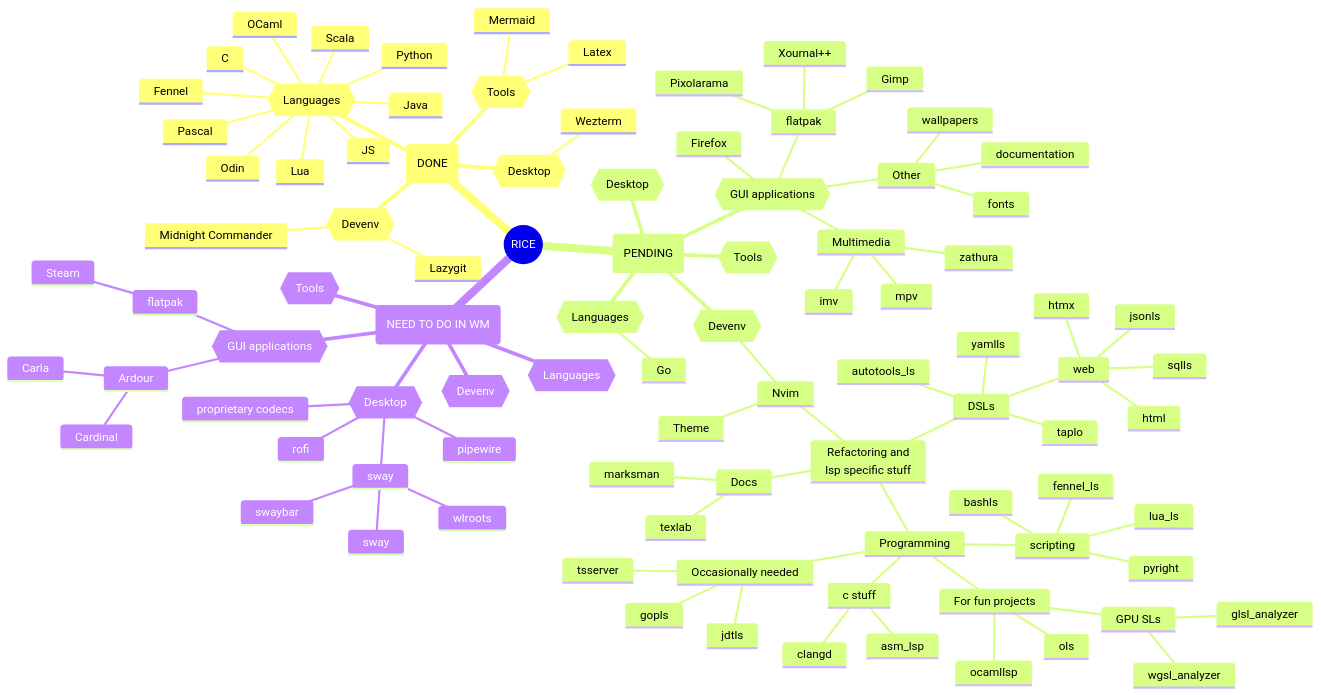
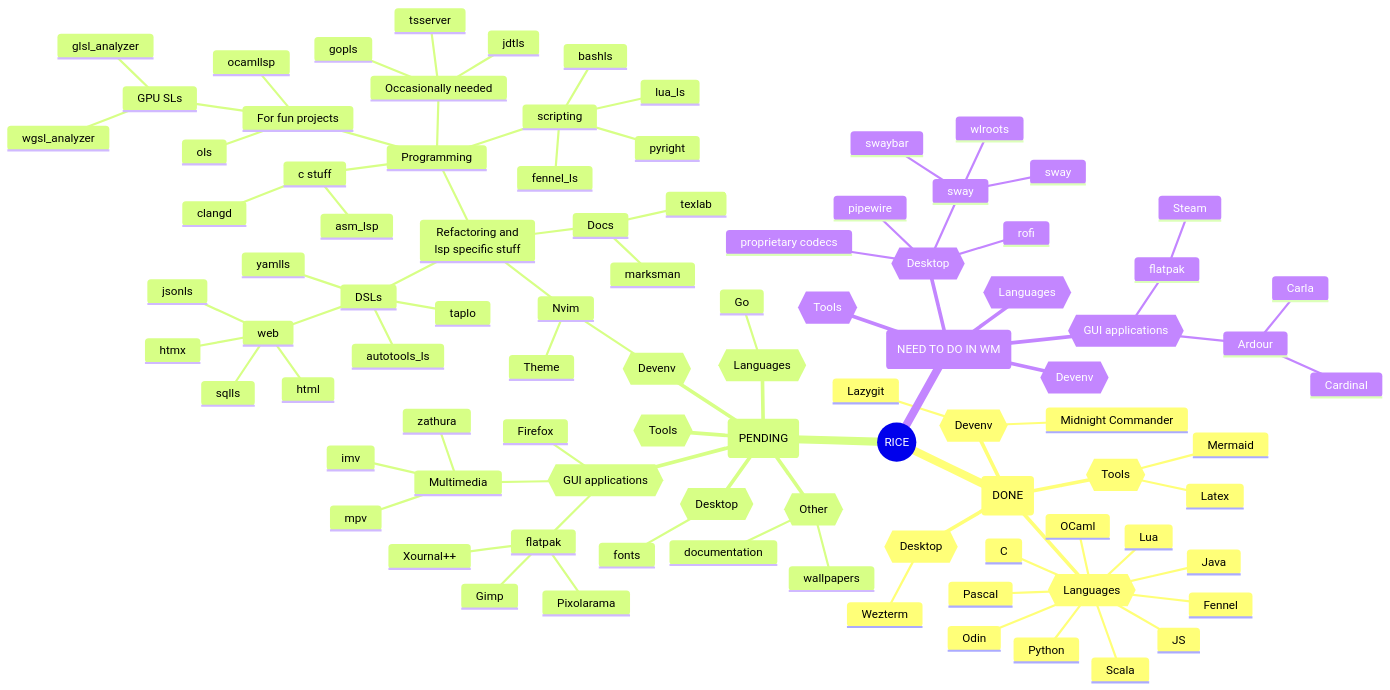
One commit to sebhajek/dotfiles changed the diagram in docs/src/map.mmd. Above: the diagram before and after it, drawn with Mermaid.

Commit message:
small fixes to todo

```diff
--- a/docs/src/map.mmd
+++ b/docs/src/map.mmd
@@ -1,94 +1,94 @@
 mindmap
 ((RICE))
   (DONE)
     {{Languages}}
       Lua 
       Fennel
       Python
       Scala
       Pascal
       C
       Odin
       Java
       JS
       OCaml
     {{Tools}}
       Mermaid
       Latex
     {{Devenv}}
       Lazygit
       Midnight Commander
     {{Desktop}}
       Wezterm
   (PENDING)
     {{Languages}}
       Go
     {{Tools}}
     {{Devenv}}
       Nvim
         Refactoring and<br/>lsp specific stuff
           DSLs
             autotools_ls
             web
               html
               htmx
               jsonls
               sqlls
             taplo
             yamlls
           Programming
             For fun projects
               ocamllsp
               ols
               GPU SLs
                 glsl_analyzer
                 wgsl_analyzer
             scripting
               bashls  
               fennel_ls
               lua_ls
               pyright
             c stuff
               asm_lsp  
               clangd
             Occasionally needed
               gopls
               jdtls
               tsserver
           Docs
             marksman  
             texlab
         Theme
     {{Desktop}}
+      fonts
     {{GUI applications}}
       Firefox
       Multimedia
         mpv
         imv
         zathura
       flatpak
         Pixolarama
         Xournal++
         Gimp
-      Other
-        fonts
-        wallpapers
-        documentation
+    {{Other}}  
+      wallpapers
+      documentation
   (NEED TO DO IN WM)
     {{Desktop}}
       sway
         swaybar
         wlroots
         sway
       rofi
       pipewire
       proprietary codecs
     {{GUI applications}}
       flatpak
         Steam
       Ardour
         Carla
         Cardinal
     {{Languages}}
     {{Tools}}
     {{Devenv}}
```
